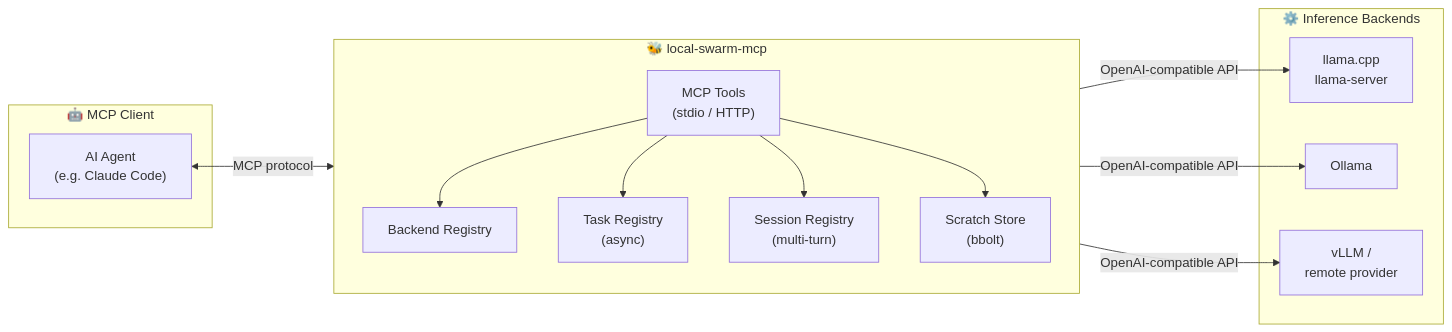
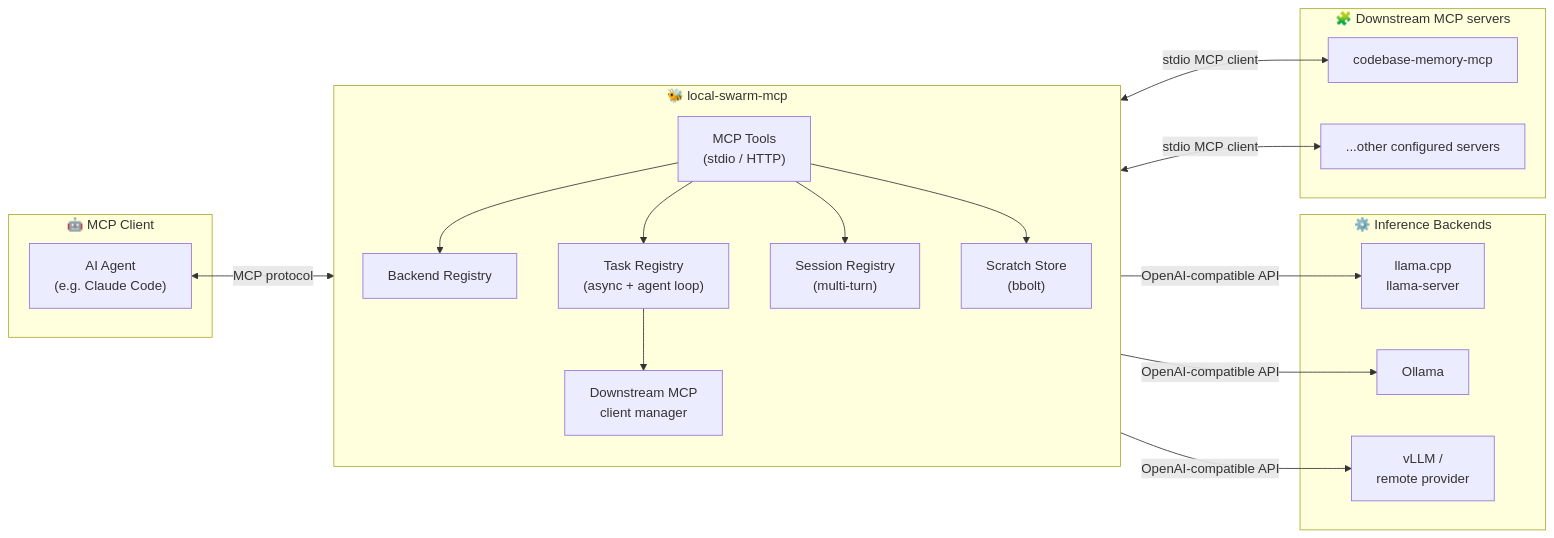
The first of 2 diagrams in README.md (jhonsferg/local-swarm-mcp), drawn with Mermaid before and after one commit. The commit also changed other lines of this file and 12 other files, not shown here.

First line of the commit message:
feat: tool-using agents via downstream MCP servers (v0.2) (#5)

````diff
--- a/README.md
+++ b/README.md
@@ -39,30 +39,39 @@
 ```mermaid
 flowchart LR
     subgraph Client["🤖 MCP Client"]
         A["AI Agent<br/>(e.g. Claude Code)"]
     end
 
     subgraph Server["🐝 local-swarm-mcp"]
         direction TB
         B["MCP Tools<br/>(stdio / HTTP)"]
         C["Backend Registry"]
-        D["Task Registry<br/>(async)"]
+        D["Task Registry<br/>(async + agent loop)"]
         E["Session Registry<br/>(multi-turn)"]
         F["Scratch Store<br/>(bbolt)"]
+        M["Downstream MCP<br/>client manager"]
         B --> C
         B --> D
         B --> E
         B --> F
+        D --> M
     end
 
     subgraph Backends["⚙️ Inference Backends"]
         G["llama.cpp<br/>llama-server"]
         H["Ollama"]
         I["vLLM /<br/>remote provider"]
     end
 
+    subgraph Downstream["🧩 Downstream MCP servers"]
+        J["codebase-memory-mcp"]
+        K["...other configured servers"]
+    end
+
     A <-->|"MCP protocol"| B
     C -->|"OpenAI-compatible API"| G
     C -->|"OpenAI-compatible API"| H
     C -->|"OpenAI-compatible API"| I
+    M <-->|"stdio MCP client"| J
+    M <-->|"stdio MCP client"| K
 ```
````
